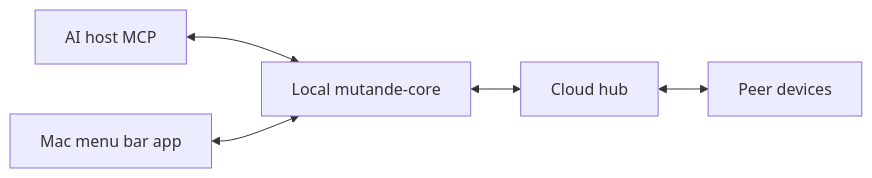
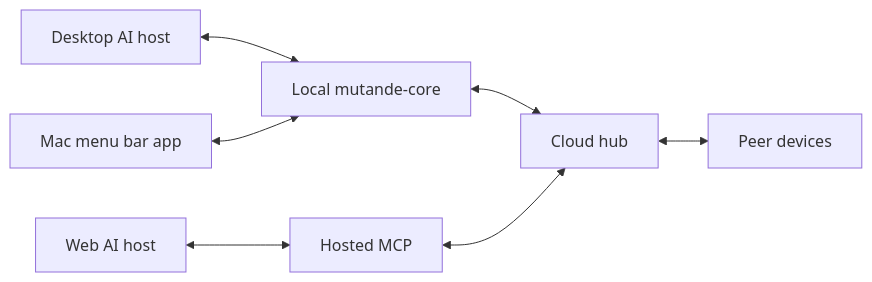
The diagram in web/content/architecture.mdx (6lackknight/mutande), drawn with Mermaid before and after one commit. The commit also changed other lines of this file and 24 other files, not shown here.

First line of the commit message:
Update documentation for hosted MCP and clarify app_envelope usage.

````diff
--- a/web/content/architecture.mdx
+++ b/web/content/architecture.mdx
@@ -5,13 +5,17 @@
 ```mermaid
 flowchart LR
-  host[AI host MCP]
+  desktop[Desktop AI host]
+  webHost[Web AI host]
   app[Mac menu bar app]
   core[Local mutande-core]
+  hosted[Hosted MCP]
   hub[Cloud hub]
   peer[Peer devices]
 
-  host <--> core
+  desktop <--> core
   app <--> core
   core <--> hub
+  webHost <--> hosted
+  hosted <--> hub
   hub <--> peer
 ```
````
